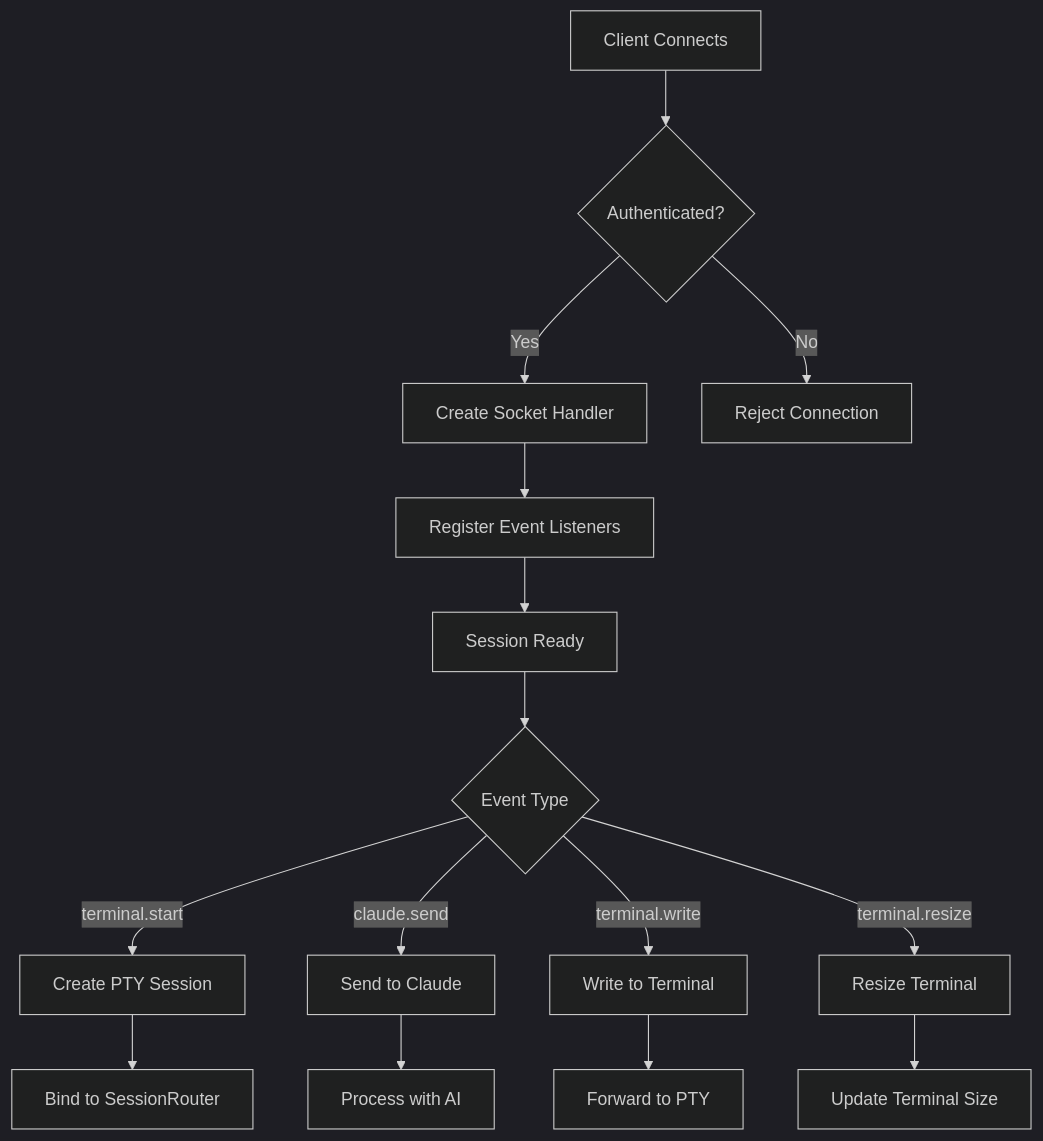
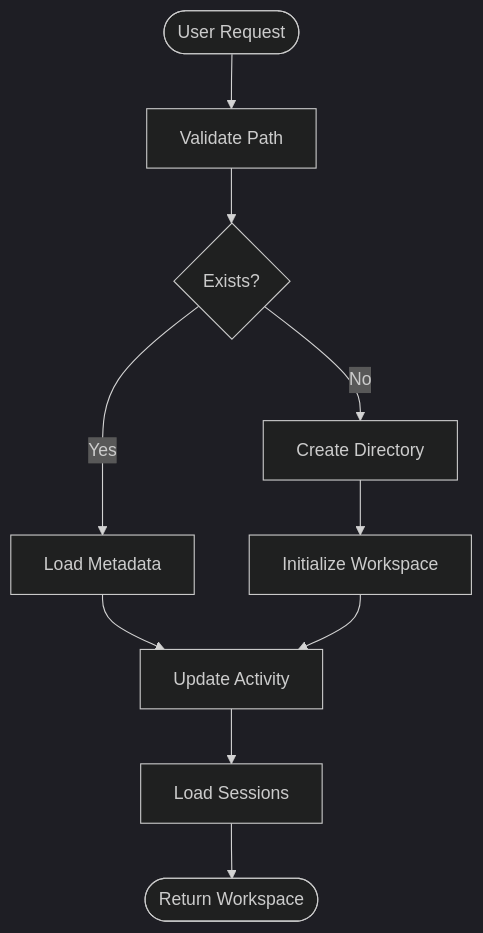
The eighth of 13 diagrams in docs/ARCHITECTURE.md (fwdslsh/dispatch), drawn with Mermaid (dark theme) before and after one commit. The commit also changed other lines of this file and 39 other files, not shown here.

First line of the commit message:
Add unit and integration tests for Socket.IO session status and command refresh handlers

````diff
--- a/docs/ARCHITECTURE.md
+++ b/docs/ARCHITECTURE.md
@@ -195,17 +565,12 @@
 ```mermaid
-graph TD
-    A[Client Connects] --> B{Authenticated?}
-    B -->|Yes| C[Create Socket Handler]
-    B -->|No| D[Reject Connection]
-    C --> E[Register Event Listeners]
-    E --> F[Session Ready]
-    F --> G{Event Type}
-    G -->|terminal.start| H[Create PTY Session]
-    G -->|claude.send| I[Send to Claude]
-    G -->|terminal.write| J[Write to Terminal]
-    G -->|terminal.resize| K[Resize Terminal]
-    H --> L[Bind to SessionRouter]
-    I --> M[Process with AI]
-    J --> N[Forward to PTY]
-    K --> O[Update Terminal Size]
+flowchart TD
+    Start([User Request]) --> Validate[Validate Path]
+    Validate --> Check{Exists?}
+    Check -->|No| Create[Create Directory]
+    Check -->|Yes| Load[Load Metadata]
+    Create --> Init[Initialize Workspace]
+    Load --> Update[Update Activity]
+    Init --> Update
+    Update --> Sessions[Load Sessions]
+    Sessions --> Return([Return Workspace])
 ```
````
